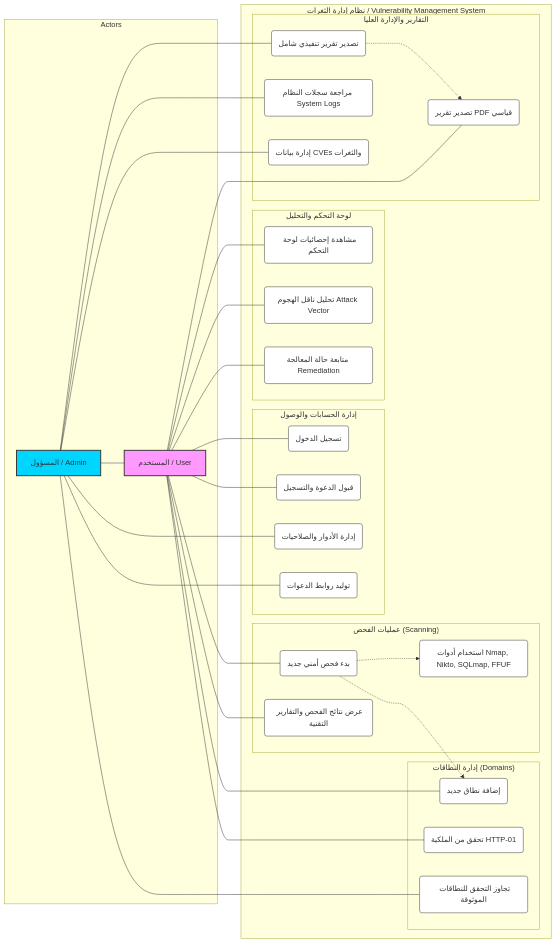
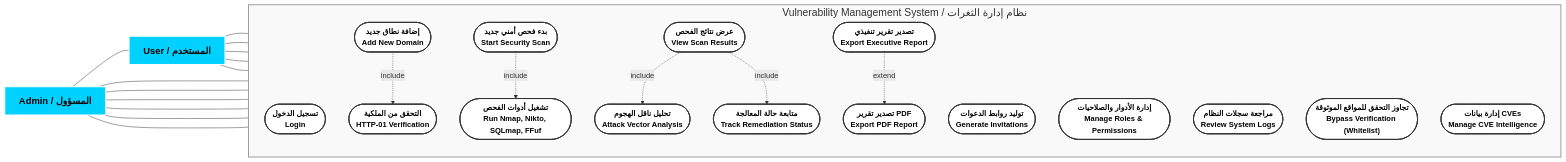
One commit to ghram210/vuln-managerno changed the diagram in usecase_diagram.mermaid. Above: the diagram before and after it, drawn with Mermaid. The commit also changed 2 other files, not shown here.

Commit message:
docs: add high-res bilingual ERD and Use Case diagrams

```diff
--- a/usecase_diagram.mermaid
+++ b/usecase_diagram.mermaid
@@ -1,82 +1,61 @@
 graph LR
-    subgraph Actors
-        U[المستخدم / User]
-        A[المسؤول / Admin]
+    %% Global Styles
+    classDef actorStyle fill:#00d1ff,stroke:#fff,stroke-width:2px,color:#000,font-weight:bold,font-size:20px;
+    classDef usecaseStyle fill:#fff,stroke:#333,stroke-width:2px,color:#000,font-weight:bold,font-size:16px;
+    classDef packageStyle fill:#f9f9f9,stroke:#999,stroke-width:2px,color:#333,font-size:22px;
+
+    subgraph System ["Vulnerability Management System / نظام إدارة الثغرات"]
+        direction TB
+
+        %% Use Cases
+        UC_Login(["<b>تسجيل الدخول</b><br/>Login"])
+        UC_Invite(["<b>توليد روابط الدعوات</b><br/>Generate Invitations"])
+        UC_Roles(["<b>إدارة الأدوار والصلاحيات</b><br/>Manage Roles & Permissions"])
+        UC_Logs(["<b>مراجعة سجلات النظام</b><br/>Review System Logs"])
+
+        UC_AddDomain(["<b>إضافة نطاق جديد</b><br/>Add New Domain"])
+        UC_Verify(["<b>التحقق من الملكية</b><br/>HTTP-01 Verification"])
+        UC_Bypass(["<b>تجاوز التحقق للمواقع الموثوقة</b><br/>Bypass Verification (Whitelist)"])
+
+        UC_StartScan(["<b>بدء فحص أمني جديد</b><br/>Start Security Scan"])
+        UC_RunTools(["<b>تشغيل أدوات الفحص</b><br/>Run Nmap, Nikto, SQLmap, FFuf"])
+
+        UC_ViewResults(["<b>عرض نتائج الفحص</b><br/>View Scan Results"])
+        UC_Vector(["<b>تحليل ناقل الهجوم</b><br/>Attack Vector Analysis"])
+        UC_Remediation(["<b>متابعة حالة المعالجة</b><br/>Track Remediation Status"])
+
+        UC_ExportPDF(["<b>تصدير تقرير PDF</b><br/>Export PDF Report"])
+        UC_ExecReport(["<b>تصدير تقرير تنفيذي</b><br/>Export Executive Report"])
+        UC_CVE_Mgmt(["<b>إدارة بيانات CVEs</b><br/>Manage CVE Intelligence"])
+
+        %% Internal Relationships
+        UC_AddDomain -.->|include| UC_Verify
+        UC_StartScan -.->|include| UC_RunTools
+        UC_ViewResults -.->|include| UC_Vector
+        UC_ViewResults -.->|include| UC_Remediation
+        UC_ExecReport -.->|extend| UC_ExportPDF
     end
 
-    subgraph "نظام إدارة الثغرات / Vulnerability Management System"
-        subgraph "إدارة الحسابات والوصول"
-            UC1(تسجيل الدخول)
-            UC2(قبول الدعوة والتسجيل)
-            UC3(إدارة الأدوار والصلاحيات)
-            UC4(توليد روابط الدعوات)
-        end
+    %% Actors
+    Admin["<b>Admin / المسؤول</b>"]
+    User["<b>User / المستخدم</b>"]
 
-        subgraph "إدارة النطاقات (Domains)"
-            UC5(إضافة نطاق جديد)
-            UC6(تحقق من الملكية HTTP-01)
-            UC7(تجاوز التحقق للنطاقات الموثوقة)
-        end
+    %% Actor Relationships
+    User --- UC_Login
+    User --- UC_AddDomain
+    User --- UC_StartScan
+    User --- UC_ViewResults
+    User --- UC_ExportPDF
 
-        subgraph "عمليات الفحص (Scanning)"
-            UC8(بدء فحص أمني جديد)
-            UC9(استخدام أدوات Nmap, Nikto, SQLmap, FFUF)
-            UC10(عرض نتائج الفحص والتقارير التقنية)
-        end
+    Admin --- User
+    Admin --- UC_Invite
+    Admin --- UC_Roles
+    Admin --- UC_Logs
+    Admin --- UC_Bypass
+    Admin --- UC_CVE_Mgmt
+    Admin --- UC_ExecReport
 
-        subgraph "لوحة التحكم والتحليل"
-            UC11(مشاهدة إحصائيات لوحة التحكم)
-            UC12(تحليل ناقل الهجوم Attack Vector)
-            UC13(متابعة حالة المعالجة Remediation)
-        end
-
-        subgraph "التقارير والإدارة العليا"
-            UC14(تصدير تقرير PDF قياسي)
-            UC15(تصدير تقرير تنفيذي شامل)
-            UC16(مراجعة سجلات النظام System Logs)
-            UC17(إدارة بيانات CVEs والثغرات)
-        end
-    end
-
-    U --- UC1
-    U --- UC2
-    U --- UC5
-    U --- UC6
-    U --- UC8
-    U --- UC10
-    U --- UC11
-    U --- UC12
-    U --- UC13
-    U --- UC14
-
-    A --- U
-    A --- UC3
-    A --- UC4
-    A --- UC7
-    A --- UC15
-    A --- UC16
-    A --- UC17
-
-    UC8 -.-> UC5
-    UC15 -.-> UC14
-    UC8 -.-> UC9
-
-    style U fill:#f9f,stroke:#333,stroke-width:2px
-    style A fill:#00d5ff,stroke:#333,stroke-width:2px
-    style UC1 fill:#fff,stroke:#333
-    style UC2 fill:#fff,stroke:#333
-    style UC3 fill:#fff,stroke:#333
-    style UC4 fill:#fff,stroke:#333
-    style UC5 fill:#fff,stroke:#333
-    style UC6 fill:#fff,stroke:#333
-    style UC7 fill:#fff,stroke:#333
-    style UC8 fill:#fff,stroke:#333
-    style UC9 fill:#fff,stroke:#333
-    style UC10 fill:#fff,stroke:#333
-    style UC11 fill:#fff,stroke:#333
-    style UC12 fill:#fff,stroke:#333
-    style UC13 fill:#fff,stroke:#333
-    style UC14 fill:#fff,stroke:#333
-    style UC15 fill:#fff,stroke:#333
-    style UC16 fill:#fff,stroke:#333
-    style UC17 fill:#fff,stroke:#333
+    %% Apply Classes
+    class Admin,User actorStyle;
+    class UC_Login,UC_Invite,UC_Roles,UC_Logs,UC_AddDomain,UC_Verify,UC_Bypass,UC_StartScan,UC_RunTools,UC_ViewResults,UC_Vector,UC_Remediation,UC_ExportPDF,UC_ExecReport,UC_CVE_Mgmt usecaseStyle;
+    class System packageStyle;
```
